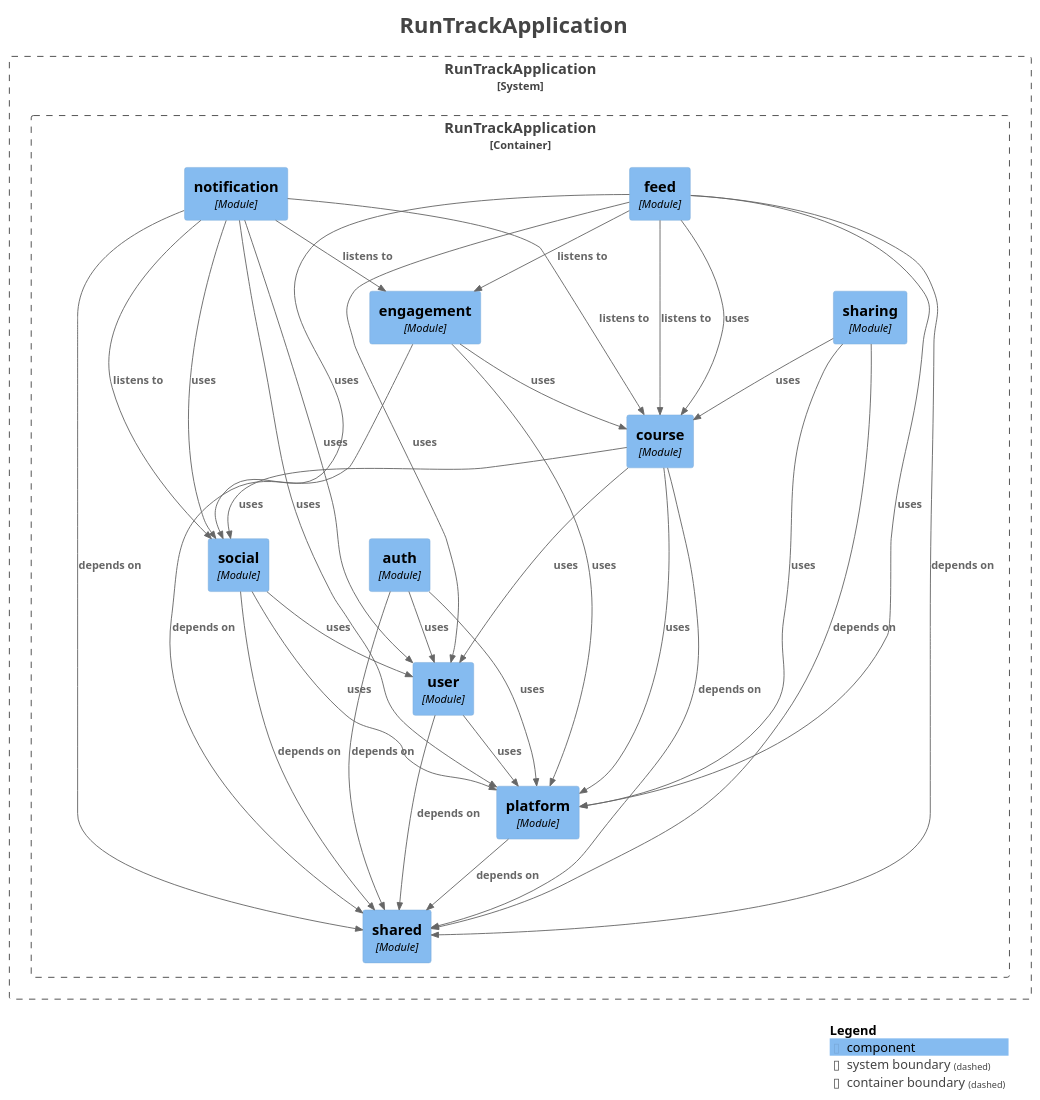
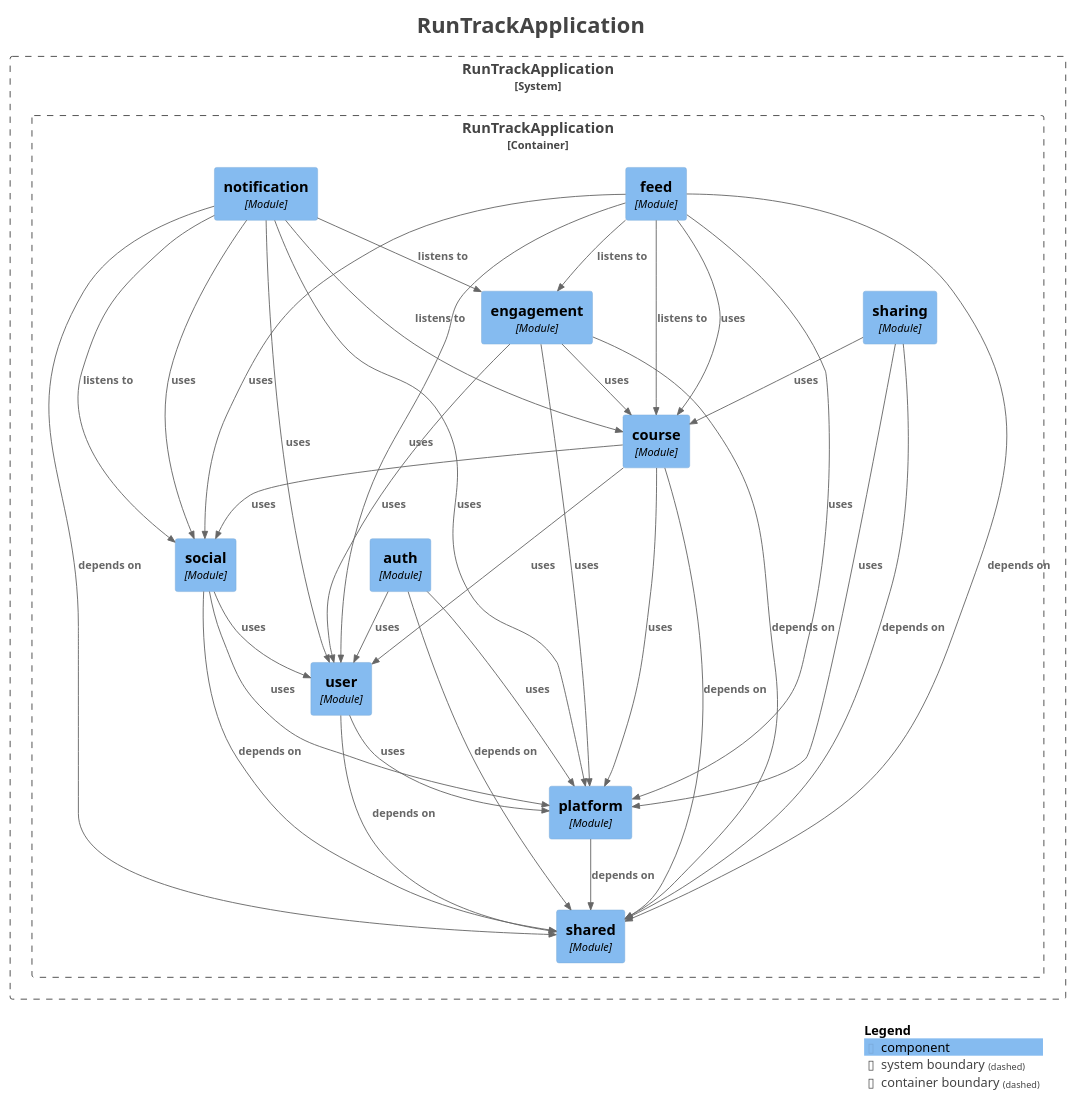
The diagram in docs/modules/components.puml (ThoRibeiro/runtrack), drawn with PlantUML before and after one commit. The commit also changed 9 other files, not shown here.

Commit message:
docs: refresh the generated module diagrams

```diff
--- a/docs/modules/components.puml
+++ b/docs/modules/components.puml
@@ -1,70 +1,71 @@
 @startuml
 title <size:24>RunTrackApplication</size>
 
 set separator none
 top to bottom direction
 
 <style>
   root {
     BackgroundColor: #ffffff
     FontColor: #444444
   }
 </style>
 
 !include <C4/C4>
 !include <C4/C4_Context>
 !include <C4/C4_Component>
 
 System_Boundary("RunTrackApplication_boundary", "RunTrackApplication", $tags="") {
   Container_Boundary("RunTrackApplication.RunTrackApplication_boundary", "RunTrackApplication", $tags="") {
     Component(RunTrackApplication.RunTrackApplication.engagement, "engagement", $techn="Module", $descr="", $tags="", $link="")
     Component(RunTrackApplication.RunTrackApplication.sharing, "sharing", $techn="Module", $descr="", $tags="", $link="")
     Component(RunTrackApplication.RunTrackApplication.feed, "feed", $techn="Module", $descr="", $tags="", $link="")
     Component(RunTrackApplication.RunTrackApplication.notification, "notification", $techn="Module", $descr="", $tags="", $link="")
     Component(RunTrackApplication.RunTrackApplication.shared, "shared", $techn="Module", $descr="", $tags="", $link="")
     Component(RunTrackApplication.RunTrackApplication.platform, "platform", $techn="Module", $descr="", $tags="", $link="")
     Component(RunTrackApplication.RunTrackApplication.user, "user", $techn="Module", $descr="", $tags="", $link="")
     Component(RunTrackApplication.RunTrackApplication.auth, "auth", $techn="Module", $descr="", $tags="", $link="")
     Component(RunTrackApplication.RunTrackApplication.social, "social", $techn="Module", $descr="", $tags="", $link="")
     Component(RunTrackApplication.RunTrackApplication.course, "course", $techn="Module", $descr="", $tags="", $link="")
   }
 
 }
 
-Rel(RunTrackApplication.RunTrackApplication.social, RunTrackApplication.RunTrackApplication.shared, "depends on", $techn="", $tags="", $link="")
-Rel(RunTrackApplication.RunTrackApplication.social, RunTrackApplication.RunTrackApplication.platform, "uses", $techn="", $tags="", $link="")
-Rel(RunTrackApplication.RunTrackApplication.social, RunTrackApplication.RunTrackApplication.user, "uses", $techn="", $tags="", $link="")
-Rel(RunTrackApplication.RunTrackApplication.course, RunTrackApplication.RunTrackApplication.shared, "depends on", $techn="", $tags="", $link="")
-Rel(RunTrackApplication.RunTrackApplication.course, RunTrackApplication.RunTrackApplication.user, "uses", $techn="", $tags="", $link="")
-Rel(RunTrackApplication.RunTrackApplication.course, RunTrackApplication.RunTrackApplication.social, "uses", $techn="", $tags="", $link="")
-Rel(RunTrackApplication.RunTrackApplication.course, RunTrackApplication.RunTrackApplication.platform, "uses", $techn="", $tags="", $link="")
-Rel(RunTrackApplication.RunTrackApplication.engagement, RunTrackApplication.RunTrackApplication.shared, "depends on", $techn="", $tags="", $link="")
-Rel(RunTrackApplication.RunTrackApplication.engagement, RunTrackApplication.RunTrackApplication.platform, "uses", $techn="", $tags="", $link="")
-Rel(RunTrackApplication.RunTrackApplication.engagement, RunTrackApplication.RunTrackApplication.course, "uses", $techn="", $tags="", $link="")
-Rel(RunTrackApplication.RunTrackApplication.user, RunTrackApplication.RunTrackApplication.shared, "depends on", $techn="", $tags="", $link="")
-Rel(RunTrackApplication.RunTrackApplication.user, RunTrackApplication.RunTrackApplication.platform, "uses", $techn="", $tags="", $link="")
-Rel(RunTrackApplication.RunTrackApplication.platform, RunTrackApplication.RunTrackApplication.shared, "depends on", $techn="", $tags="", $link="")
-Rel(RunTrackApplication.RunTrackApplication.sharing, RunTrackApplication.RunTrackApplication.shared, "depends on", $techn="", $tags="", $link="")
-Rel(RunTrackApplication.RunTrackApplication.sharing, RunTrackApplication.RunTrackApplication.platform, "uses", $techn="", $tags="", $link="")
-Rel(RunTrackApplication.RunTrackApplication.sharing, RunTrackApplication.RunTrackApplication.course, "uses", $techn="", $tags="", $link="")
-Rel(RunTrackApplication.RunTrackApplication.auth, RunTrackApplication.RunTrackApplication.shared, "depends on", $techn="", $tags="", $link="")
-Rel(RunTrackApplication.RunTrackApplication.auth, RunTrackApplication.RunTrackApplication.platform, "uses", $techn="", $tags="", $link="")
-Rel(RunTrackApplication.RunTrackApplication.auth, RunTrackApplication.RunTrackApplication.user, "uses", $techn="", $tags="", $link="")
 Rel(RunTrackApplication.RunTrackApplication.feed, RunTrackApplication.RunTrackApplication.course, "listens to", $techn="", $tags="", $link="")
 Rel(RunTrackApplication.RunTrackApplication.feed, RunTrackApplication.RunTrackApplication.engagement, "listens to", $techn="", $tags="", $link="")
 Rel(RunTrackApplication.RunTrackApplication.feed, RunTrackApplication.RunTrackApplication.shared, "depends on", $techn="", $tags="", $link="")
 Rel(RunTrackApplication.RunTrackApplication.feed, RunTrackApplication.RunTrackApplication.platform, "uses", $techn="", $tags="", $link="")
 Rel(RunTrackApplication.RunTrackApplication.feed, RunTrackApplication.RunTrackApplication.course, "uses", $techn="", $tags="", $link="")
 Rel(RunTrackApplication.RunTrackApplication.feed, RunTrackApplication.RunTrackApplication.social, "uses", $techn="", $tags="", $link="")
 Rel(RunTrackApplication.RunTrackApplication.feed, RunTrackApplication.RunTrackApplication.user, "uses", $techn="", $tags="", $link="")
+Rel(RunTrackApplication.RunTrackApplication.notification, RunTrackApplication.RunTrackApplication.engagement, "listens to", $techn="", $tags="", $link="")
 Rel(RunTrackApplication.RunTrackApplication.notification, RunTrackApplication.RunTrackApplication.social, "listens to", $techn="", $tags="", $link="")
 Rel(RunTrackApplication.RunTrackApplication.notification, RunTrackApplication.RunTrackApplication.course, "listens to", $techn="", $tags="", $link="")
-Rel(RunTrackApplication.RunTrackApplication.notification, RunTrackApplication.RunTrackApplication.engagement, "listens to", $techn="", $tags="", $link="")
 Rel(RunTrackApplication.RunTrackApplication.notification, RunTrackApplication.RunTrackApplication.shared, "depends on", $techn="", $tags="", $link="")
 Rel(RunTrackApplication.RunTrackApplication.notification, RunTrackApplication.RunTrackApplication.platform, "uses", $techn="", $tags="", $link="")
 Rel(RunTrackApplication.RunTrackApplication.notification, RunTrackApplication.RunTrackApplication.social, "uses", $techn="", $tags="", $link="")
 Rel(RunTrackApplication.RunTrackApplication.notification, RunTrackApplication.RunTrackApplication.user, "uses", $techn="", $tags="", $link="")
+Rel(RunTrackApplication.RunTrackApplication.course, RunTrackApplication.RunTrackApplication.shared, "depends on", $techn="", $tags="", $link="")
+Rel(RunTrackApplication.RunTrackApplication.course, RunTrackApplication.RunTrackApplication.user, "uses", $techn="", $tags="", $link="")
+Rel(RunTrackApplication.RunTrackApplication.course, RunTrackApplication.RunTrackApplication.social, "uses", $techn="", $tags="", $link="")
+Rel(RunTrackApplication.RunTrackApplication.course, RunTrackApplication.RunTrackApplication.platform, "uses", $techn="", $tags="", $link="")
+Rel(RunTrackApplication.RunTrackApplication.user, RunTrackApplication.RunTrackApplication.shared, "depends on", $techn="", $tags="", $link="")
+Rel(RunTrackApplication.RunTrackApplication.user, RunTrackApplication.RunTrackApplication.platform, "uses", $techn="", $tags="", $link="")
+Rel(RunTrackApplication.RunTrackApplication.engagement, RunTrackApplication.RunTrackApplication.shared, "depends on", $techn="", $tags="", $link="")
+Rel(RunTrackApplication.RunTrackApplication.engagement, RunTrackApplication.RunTrackApplication.platform, "uses", $techn="", $tags="", $link="")
+Rel(RunTrackApplication.RunTrackApplication.engagement, RunTrackApplication.RunTrackApplication.user, "uses", $techn="", $tags="", $link="")
+Rel(RunTrackApplication.RunTrackApplication.engagement, RunTrackApplication.RunTrackApplication.course, "uses", $techn="", $tags="", $link="")
+Rel(RunTrackApplication.RunTrackApplication.platform, RunTrackApplication.RunTrackApplication.shared, "depends on", $techn="", $tags="", $link="")
+Rel(RunTrackApplication.RunTrackApplication.social, RunTrackApplication.RunTrackApplication.shared, "depends on", $techn="", $tags="", $link="")
+Rel(RunTrackApplication.RunTrackApplication.social, RunTrackApplication.RunTrackApplication.platform, "uses", $techn="", $tags="", $link="")
+Rel(RunTrackApplication.RunTrackApplication.social, RunTrackApplication.RunTrackApplication.user, "uses", $techn="", $tags="", $link="")
+Rel(RunTrackApplication.RunTrackApplication.auth, RunTrackApplication.RunTrackApplication.shared, "depends on", $techn="", $tags="", $link="")
+Rel(RunTrackApplication.RunTrackApplication.auth, RunTrackApplication.RunTrackApplication.platform, "uses", $techn="", $tags="", $link="")
+Rel(RunTrackApplication.RunTrackApplication.auth, RunTrackApplication.RunTrackApplication.user, "uses", $techn="", $tags="", $link="")
+Rel(RunTrackApplication.RunTrackApplication.sharing, RunTrackApplication.RunTrackApplication.shared, "depends on", $techn="", $tags="", $link="")
+Rel(RunTrackApplication.RunTrackApplication.sharing, RunTrackApplication.RunTrackApplication.platform, "uses", $techn="", $tags="", $link="")
+Rel(RunTrackApplication.RunTrackApplication.sharing, RunTrackApplication.RunTrackApplication.course, "uses", $techn="", $tags="", $link="")
 
 SHOW_LEGEND(true)
 hide stereotypes
 @enduml
```
